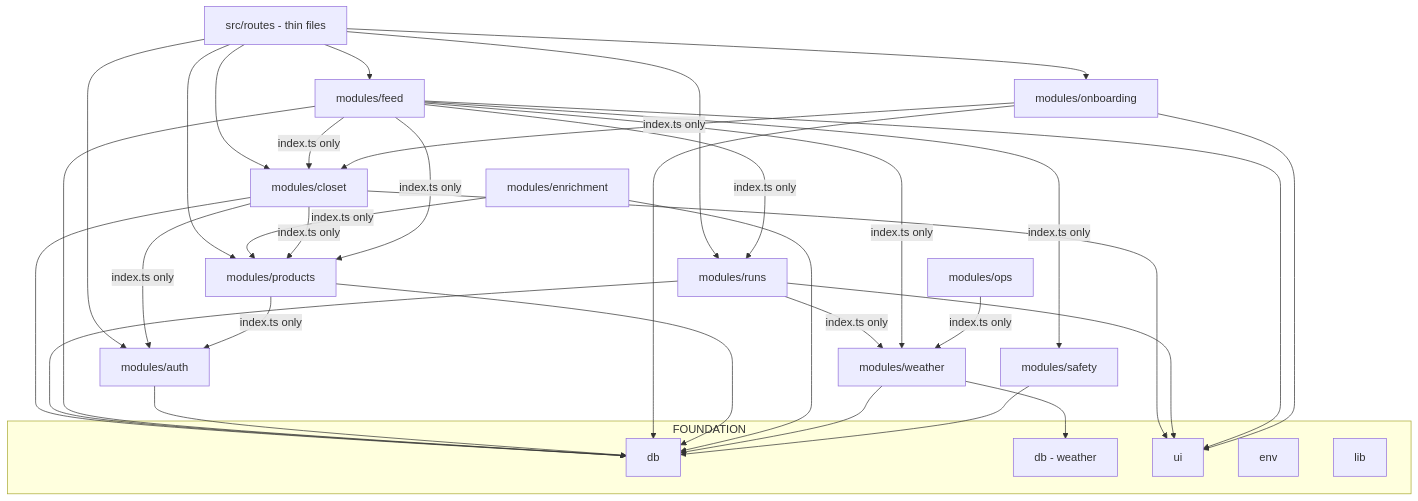
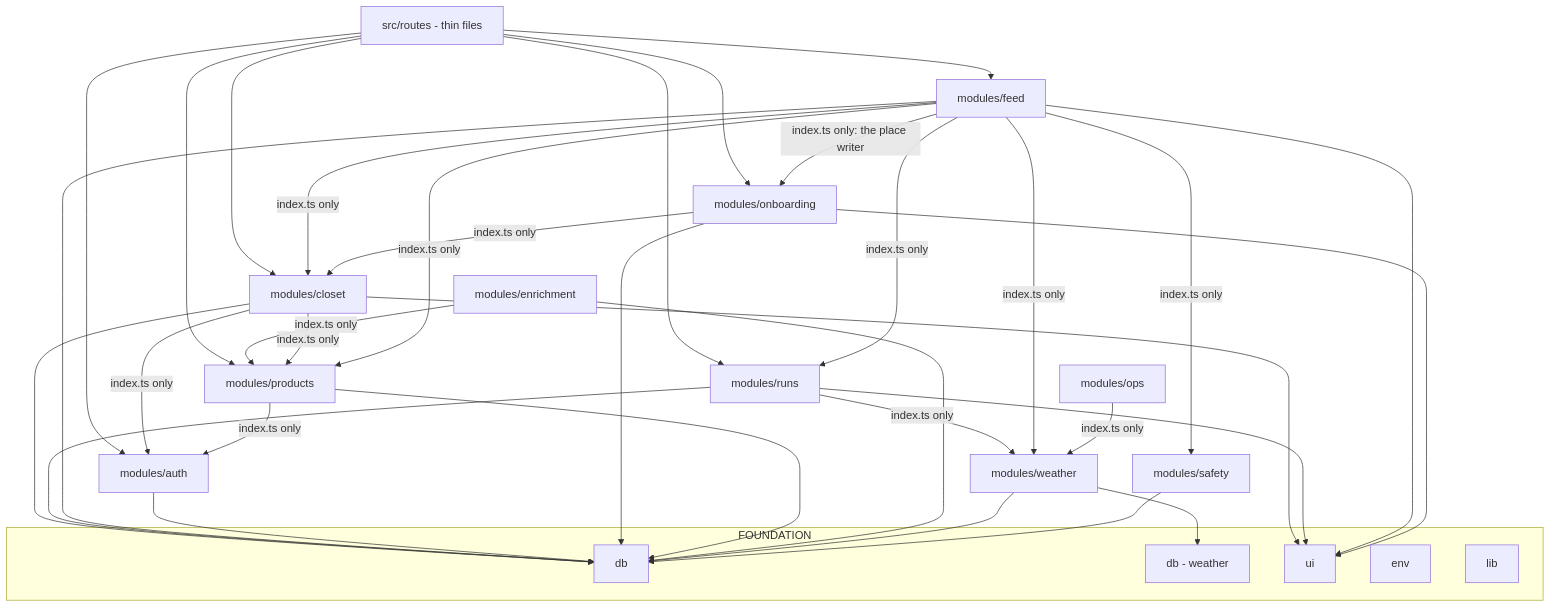
Before and after one commit to ddteeter/dialed.run: the second of 4 diagrams in docs/architecture.md, drawn with Mermaid. The commit also changed other lines of this file and 65 other files, not shown here.

````diff
--- a/docs/architecture.md
+++ b/docs/architecture.md
@@ -132,46 +132,47 @@
 ```mermaid
 flowchart TD
     ROUTES[src/routes - thin files] --> AUTH[modules/auth]
     ROUTES --> CLOSET[modules/closet]
     ROUTES --> RUNS[modules/runs]
     ROUTES --> FEED[modules/feed]
     ROUTES --> ONB[modules/onboarding]
     ROUTES --> PROD[modules/products]
 
     CLOSET --> DB[db]
     RUNS --> DB
     FEED --> DB
     AUTH --> DB
     ONB --> DB
     PROD --> DB
     ENR[modules/enrichment] --> DB
     ENR -->|index.ts only| PROD
     WX[modules/weather] --> DBW[db - weather]
     WX --> DB
 
     RUNS -->|index.ts only| WX
     FEED -->|index.ts only| CLOSET
     FEED -->|index.ts only| RUNS
     FEED -->|index.ts only| WX
     ONB -->|index.ts only| CLOSET
+    FEED -->|index.ts only: the place writer| ONB
     CLOSET -->|index.ts only| PROD
     FEED -->|index.ts only| PROD
     OPS[modules/ops] -->|index.ts only| WX
     SAFE[modules/safety] --> DB
     FEED -->|index.ts only| SAFE
     CLOSET -->|index.ts only| AUTH
     PROD -->|index.ts only| AUTH
 
     CLOSET --> UI[ui]
     RUNS --> UI
     FEED --> UI
     ONB --> UI
 
     subgraph FOUNDATION
         DB
         DBW
         UI
         ENV[env]
         LIB[lib]
     end
 ```
````
